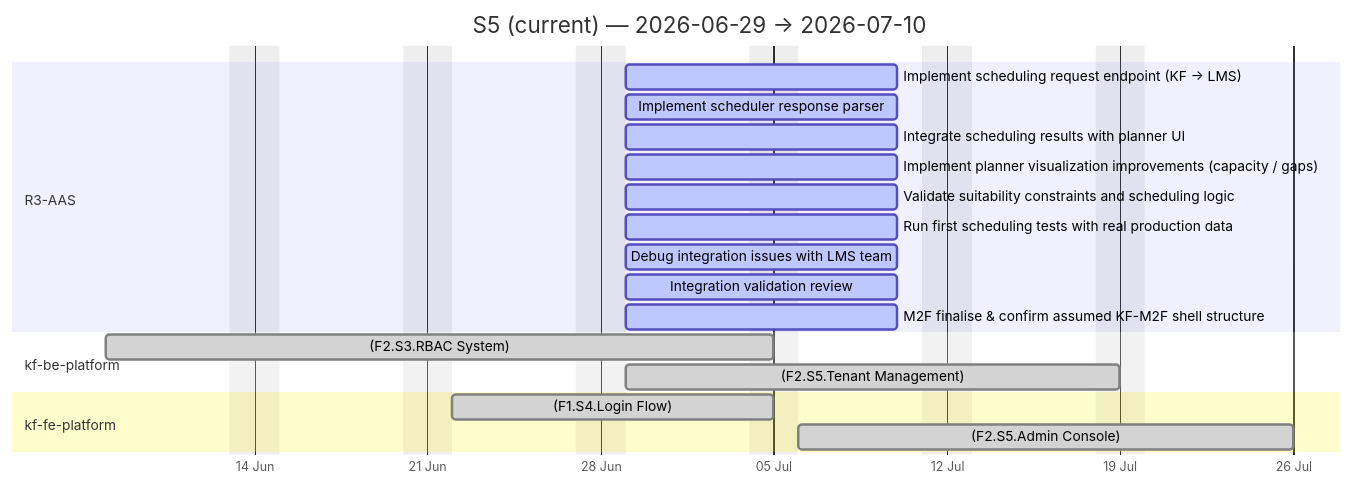
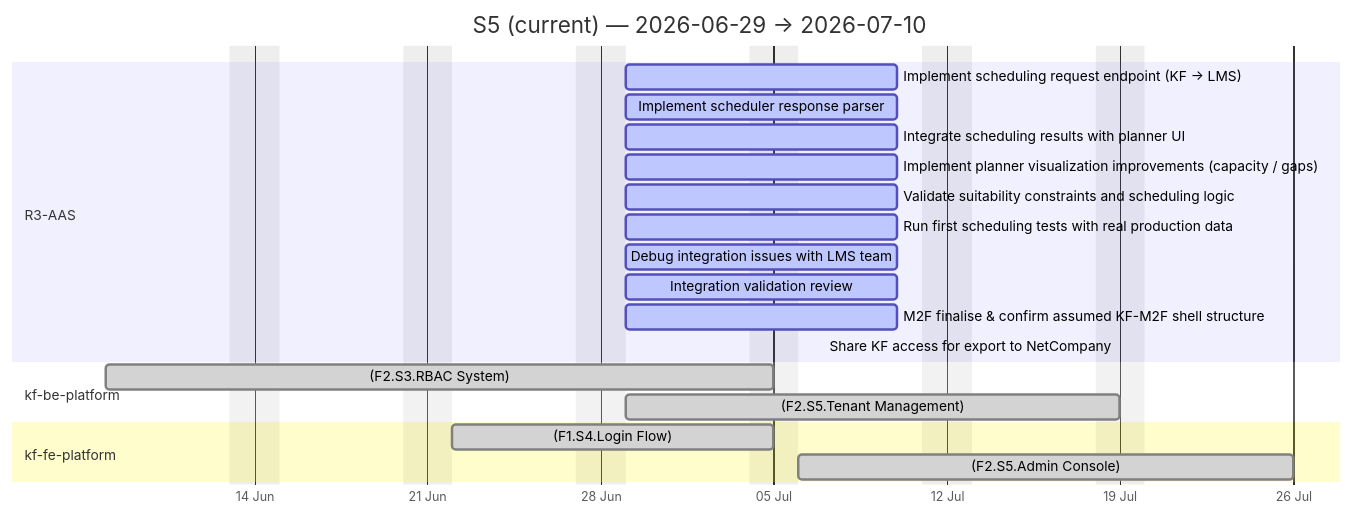
One commit to Katty-Fashion/kf-cpto changed the third of 4 diagrams in docs/agile-sprints.md. Above: the diagram before and after it, drawn with Mermaid. The commit also changed other lines of this file and 14 other files, not shown here.

````diff
--- a/docs/agile-sprints.md
+++ b/docs/agile-sprints.md
@@ -71,24 +71,25 @@
 ```mermaid
 gantt
     title S5 (current) — 2026-06-29 → 2026-07-10
     dateFormat YYYY-MM-DD
     axisFormat %d %b
     excludes weekends
 
     section R3-AAS
     Implement scheduling request endpoint (KF → LMS) :active, 2026-06-29, 2026-07-10
     Implement scheduler response parser :active, 2026-06-29, 2026-07-10
     Integrate scheduling results with planner UI :active, 2026-06-29, 2026-07-10
     Implement planner visualization improvements (capacity / gaps) :active, 2026-06-29, 2026-07-10
     Validate suitability constraints and scheduling logic :active, 2026-06-29, 2026-07-10
     Run first scheduling tests with real production data :active, 2026-06-29, 2026-07-10
     Debug integration issues with LMS team :active, 2026-06-29, 2026-07-10
     Integration validation review :active, 2026-06-29, 2026-07-10
     M2F finalise & confirm assumed KF-M2F shell structure :active, 2026-06-29, 2026-07-10
+    Share KF access for export to NetCompany :done, 2026-07-07, 2026-07-07
     section kf-be-platform
     (F2.S3.RBAC System) :done, 2026-06-08, 2026-07-05
     (F2.S5.Tenant Management) :done, 2026-06-29, 2026-07-19
     section kf-fe-platform
     (F1.S4.Login Flow) :done, 2026-06-22, 2026-07-05
     (F2.S5.Admin Console) :done, 2026-07-06, 2026-07-26
 ```
````
